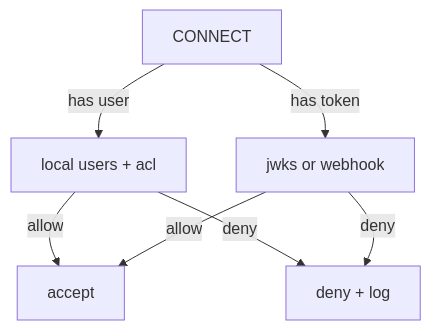
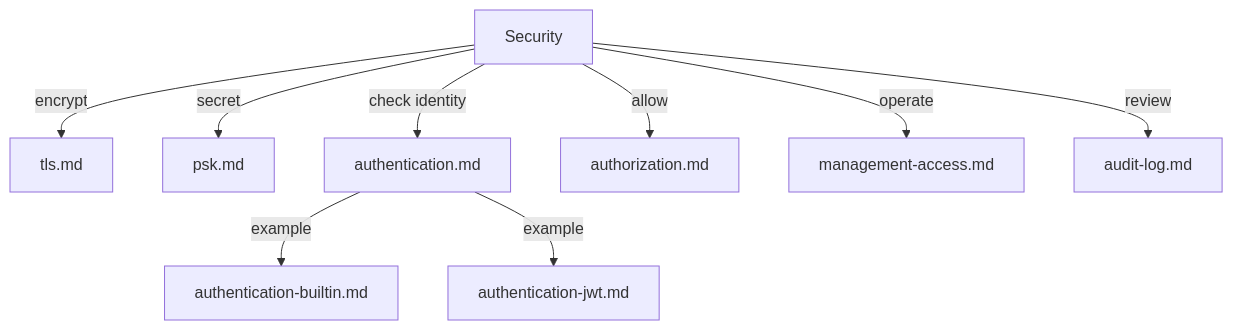
The diagram in docs/security/index.md (Indus-Stack/indramqtt), drawn with Mermaid before and after one commit. The commit also changed other lines of this file and 11 other files, not shown here.

````diff
--- a/docs/security/index.md
+++ b/docs/security/index.md
@@ -12,9 +12,11 @@
 ```mermaid
 flowchart TD
-    Conn["CONNECT"] -- "has user" --> Local["local users + acl"]
-    Conn -- "has token" --> Ext["jwks or webhook"]
-    Local -- "allow" --> In["accept"]
-    Local -- "deny" --> Out["deny + log"]
-    Ext -- "allow" --> In
-    Ext -- "deny" --> Out
+    Sec["Security"] -- "encrypt" --> TLS["tls.md"]
+    Sec -- "secret" --> PSK["psk.md"]
+    Sec -- "check identity" --> Auth["authentication.md"]
+    Auth -- "example" --> Builtin["authentication-builtin.md"]
+    Auth -- "example" --> Jwt["authentication-jwt.md"]
+    Sec -- "allow" --> Authz["authorization.md"]
+    Sec -- "operate" --> Mgmt["management-access.md"]
+    Sec -- "review" --> Audit["audit-log.md"]
 ```
````
